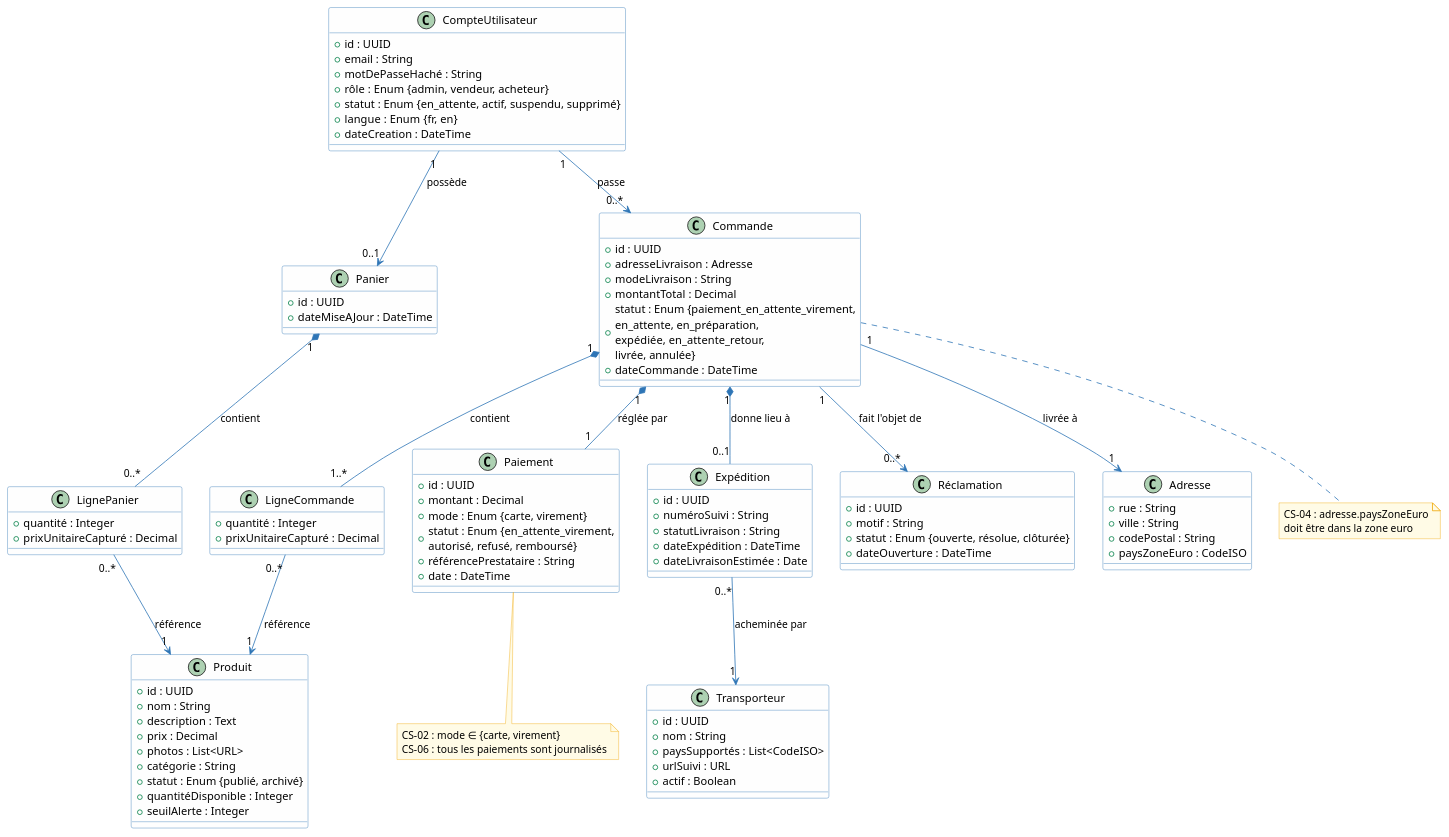
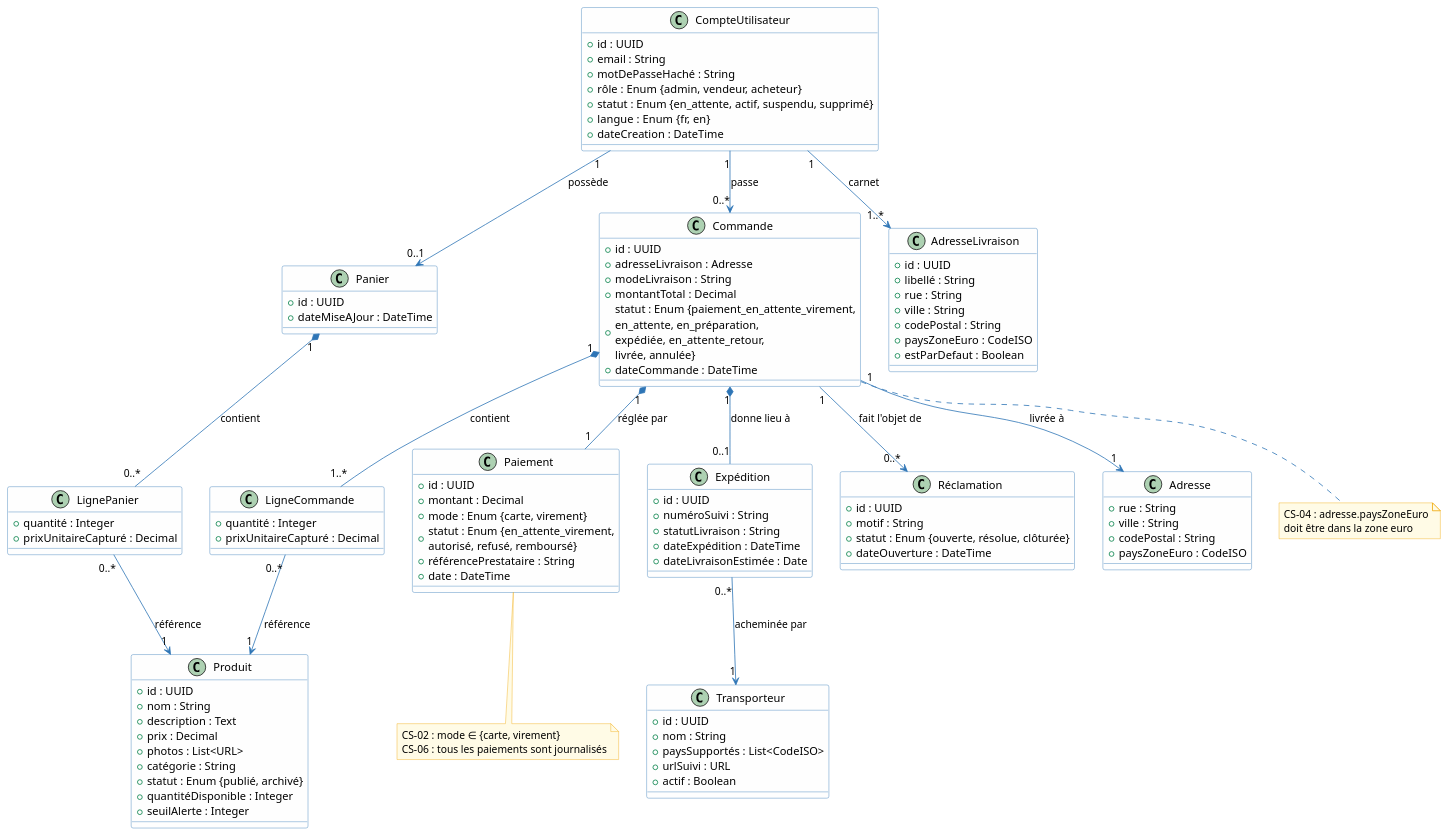
Before and after one commit to louistalvande/online_shop: the fourth of 5 diagrams in architecture/02-system-analysis/sa.adoc, drawn with PlantUML. The commit also changed other lines of this file and 4 other files, not shown here.

```diff
--- a/architecture/02-system-analysis/sa.adoc
+++ b/architecture/02-system-analysis/sa.adoc
@@ -1308,6 +1309,17 @@
   + paysZoneEuro : CodeISO
 }
 
+class AdresseLivraison {
+  + id : UUID
+  + libellé : String
+  + rue : String
+  + ville : String
+  + codePostal : String
+  + paysZoneEuro : CodeISO
+  + estParDefaut : Boolean
+}
+
+CompteUtilisateur "1" --> "1..*" AdresseLivraison : carnet
 CompteUtilisateur "1" --> "0..1" Panier : possède
 CompteUtilisateur "1" --> "0..*" Commande : passe
 Panier "1" *-- "0..*" LignePanier : contient
```
